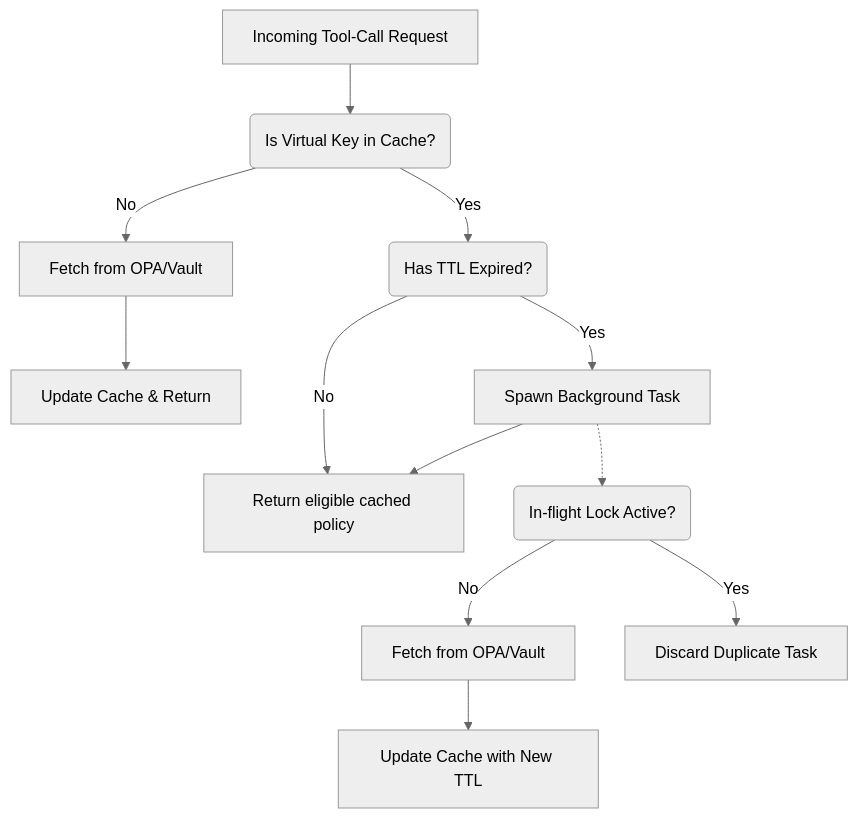
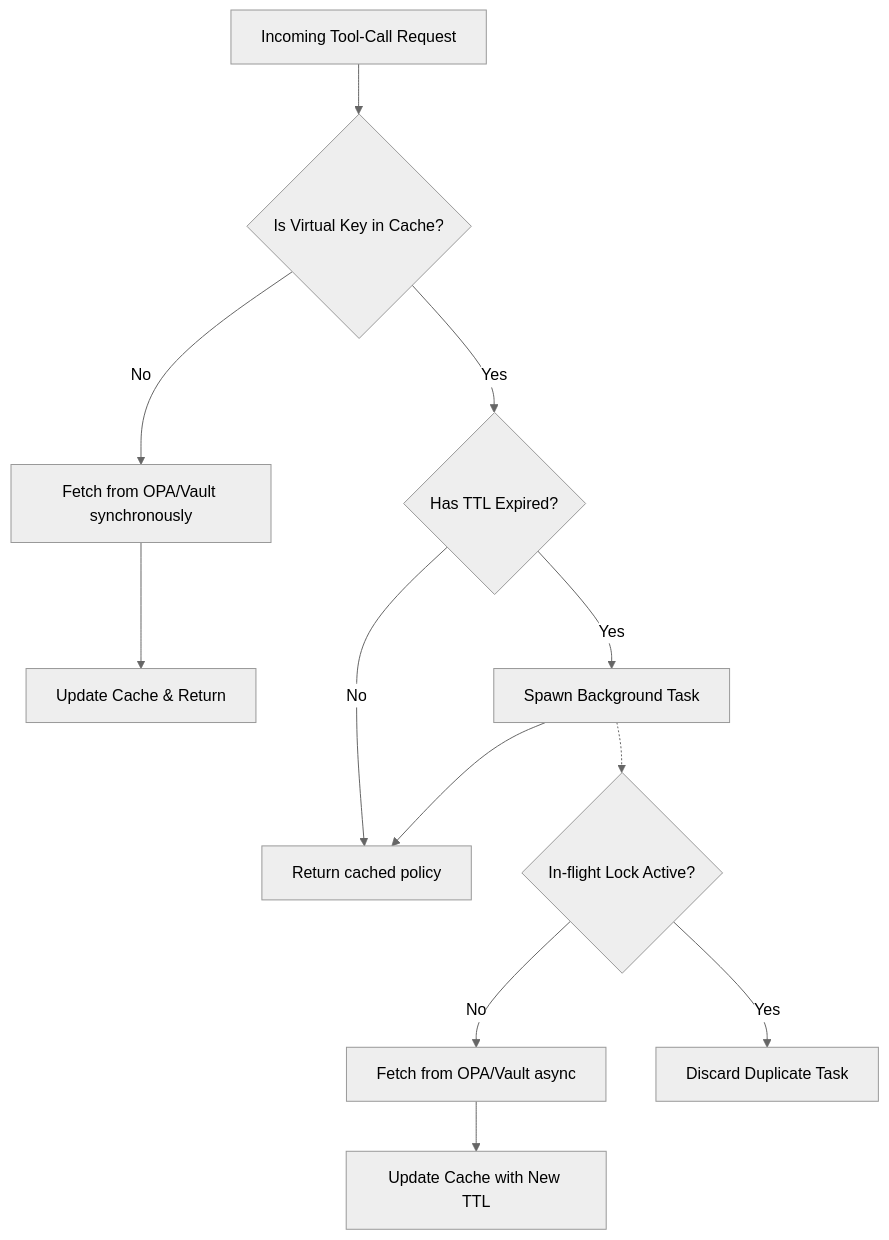
Before and after one commit to ninadphalak/LLM-Shield-Proxy: the diagram in website/docs/features/ultra-low-latency-streaming-traffic-engineering/opa-vault-rbac-resolvers.md, drawn with Mermaid (neutral theme). The commit also changed other lines of this file and 94 other files, not shown here.

````diff
--- a/website/docs/features/ultra-low-latency-streaming-traffic-engineering/opa-vault-rbac-resolvers.md
+++ b/website/docs/features/ultra-low-latency-streaming-traffic-engineering/opa-vault-rbac-resolvers.md
@@ -19,14 +15,14 @@
 ```mermaid
 flowchart TD
-    A[Incoming Tool-Call Request] --> B(Is Virtual Key in Cache?)
-    B -->|No| C[Fetch from OPA/Vault]
+    A[Incoming Tool-Call Request] --> B{Is Virtual Key in Cache?}
+    B -->|No| C[Fetch from OPA/Vault synchronously]
     C --> D[Update Cache & Return]
-    B -->|Yes| E(Has TTL Expired?)
-    E -->|No| F[Return eligible cached policy]
+    B -->|Yes| E{Has TTL Expired?}
+    E -->|No| F[Return cached policy]
     E -->|Yes| G[Spawn Background Task]
     G --> F
-    G -.-> H(In-flight Lock Active?)
-    H -->|No| I[Fetch from OPA/Vault]
+    G -.-> H{In-flight Lock Active?}
+    H -->|No| I[Fetch from OPA/Vault async]
     I --> J[Update Cache with New TTL]
     H -->|Yes| K[Discard Duplicate Task]
 ```
````
